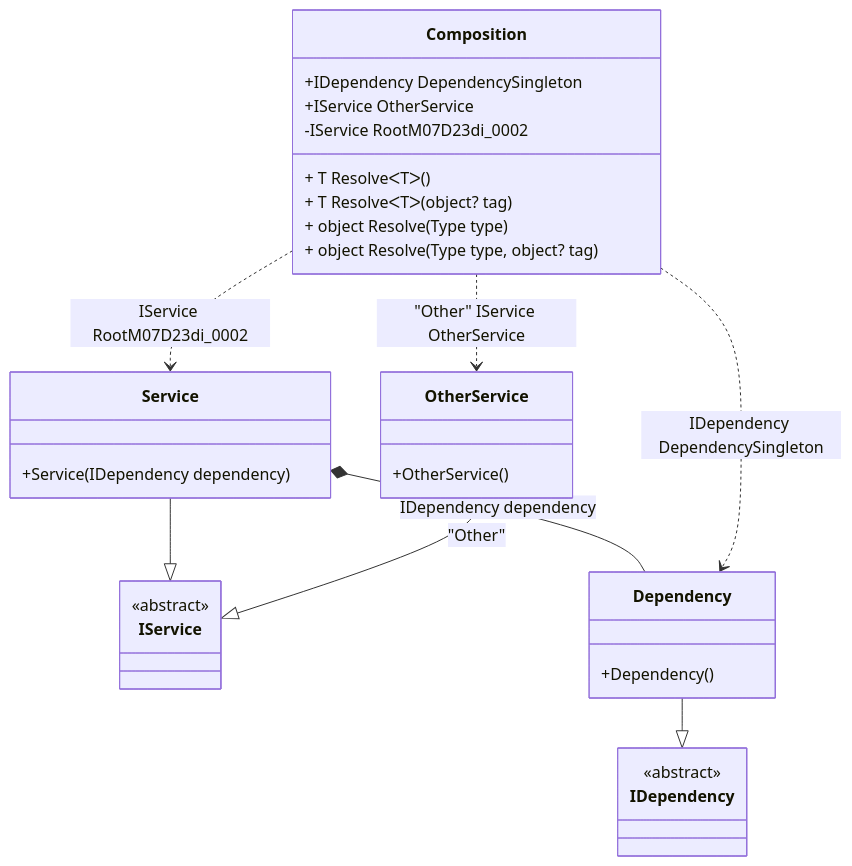
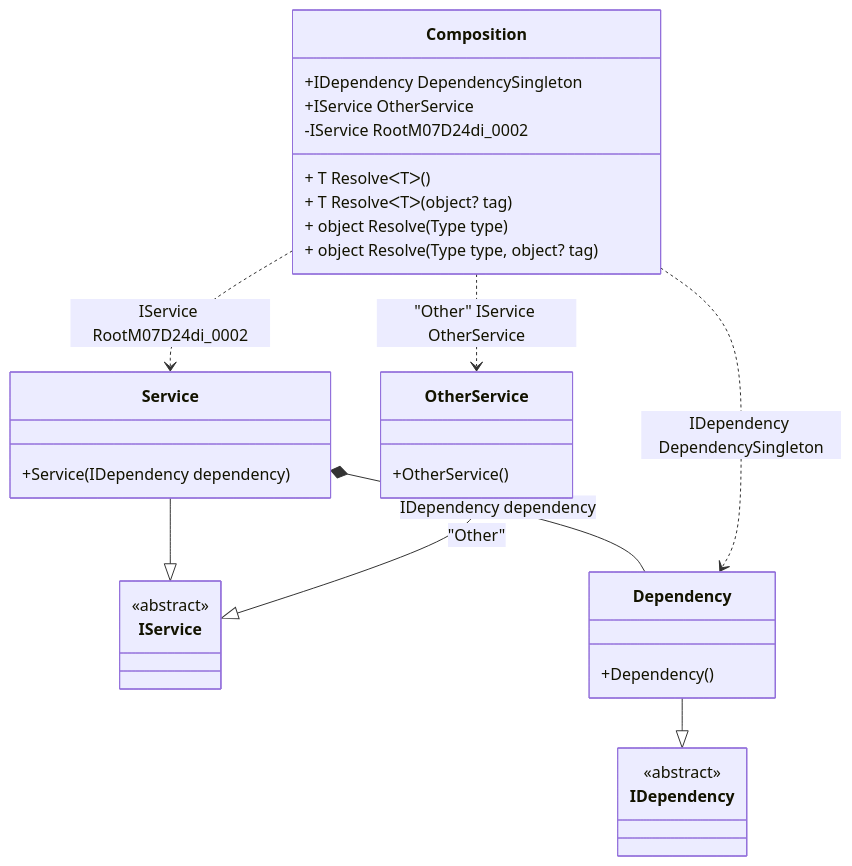
The diagram in readme/resolve-methods.md (DevTeam/Pure.DI), drawn with Mermaid before and after one commit. The commit also changed other lines of this file and 51 other files, not shown here.

````diff
--- a/readme/resolve-methods.md
+++ b/readme/resolve-methods.md
@@ -47,34 +47,34 @@
 ```mermaid
 classDiagram
   class Composition {
     +IDependency DependencySingleton
     +IService OtherService
-    -IService RootM07D23di_0002
+    -IService RootM07D24di_0002
     + T ResolveᐸTᐳ()
     + T ResolveᐸTᐳ(object? tag)
     + object Resolve(Type type)
     + object Resolve(Type type, object? tag)
   }
   Service --|> IService : 
   class Service {
     +Service(IDependency dependency)
   }
   Dependency --|> IDependency : 
   class Dependency {
     +Dependency()
   }
   OtherService --|> IService : "Other" 
   class OtherService {
     +OtherService()
   }
   class IService {
     <<abstract>>
   }
   class IDependency {
     <<abstract>>
   }
   Service *--  Dependency : IDependency dependency
   Composition ..> Dependency : IDependency DependencySingleton
-  Composition ..> Service : IService RootM07D23di_0002
+  Composition ..> Service : IService RootM07D24di_0002
   Composition ..> OtherService : "Other" IService OtherService
 ```
````
